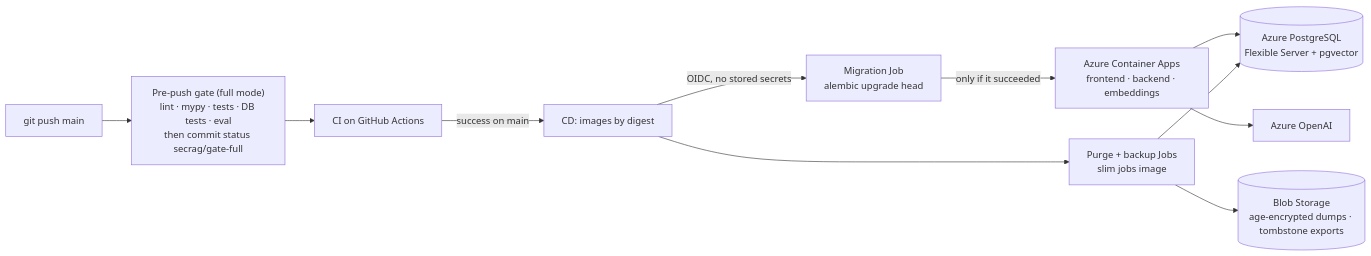
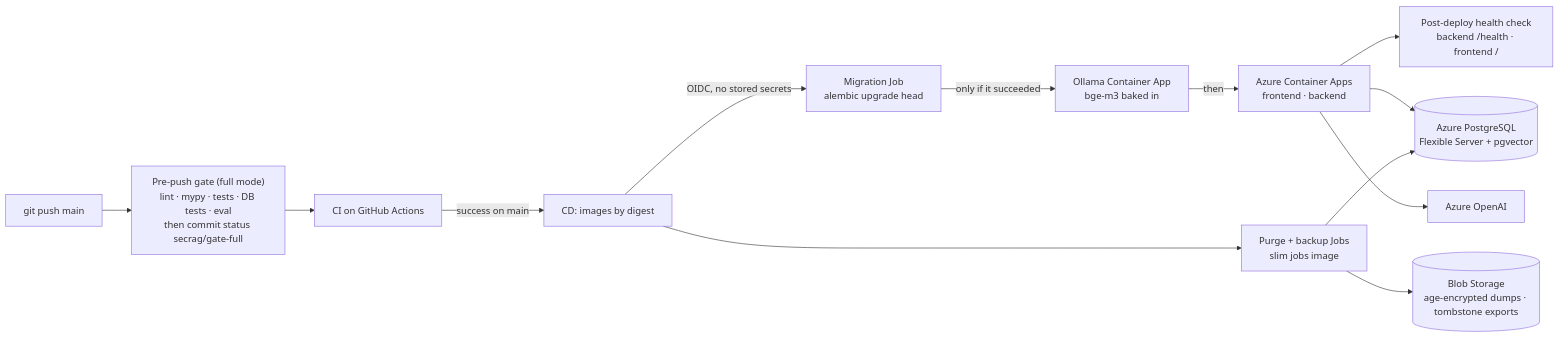
One commit to davidmorgadocarames/rag_app changed the second of 2 diagrams in README.md. Above: the diagram before and after it, drawn with Mermaid. The commit also changed other lines of this file and 2 other files, not shown here.

First line of the commit message:
docs(11b): block D - custom Ollama image, health check, metrics bind, DA-11bC-1

````diff
--- a/README.md
+++ b/README.md
@@ -91,13 +91,15 @@
 ```mermaid
 flowchart LR
     DEV[git push main] --> GATE["Pre-push gate (full mode)<br/>lint · mypy · tests · DB tests · eval<br/>then commit status secrag/gate-full"]
     GATE --> CI[CI on GitHub Actions]
     CI -->|success on main| CD[CD: images by digest]
     CD -->|OIDC, no stored secrets| MIG[Migration Job<br/>alembic upgrade head]
-    MIG -->|only if it succeeded| ACA[Azure Container Apps<br/>frontend · backend · embeddings]
+    MIG -->|only if it succeeded| OLL[Ollama Container App<br/>bge-m3 baked in]
+    OLL -->|then| ACA[Azure Container Apps<br/>frontend · backend]
+    ACA --> HC["Post-deploy health check<br/>backend /health · frontend /"]
     CD --> JOBS[Purge + backup Jobs<br/>slim jobs image]
     ACA --> PG[(Azure PostgreSQL<br/>Flexible Server + pgvector)]
     JOBS --> PG
     JOBS --> BLOB[(Blob Storage<br/>age-encrypted dumps · tombstone exports)]
     ACA --> AOAI[Azure OpenAI]
 ```
````
